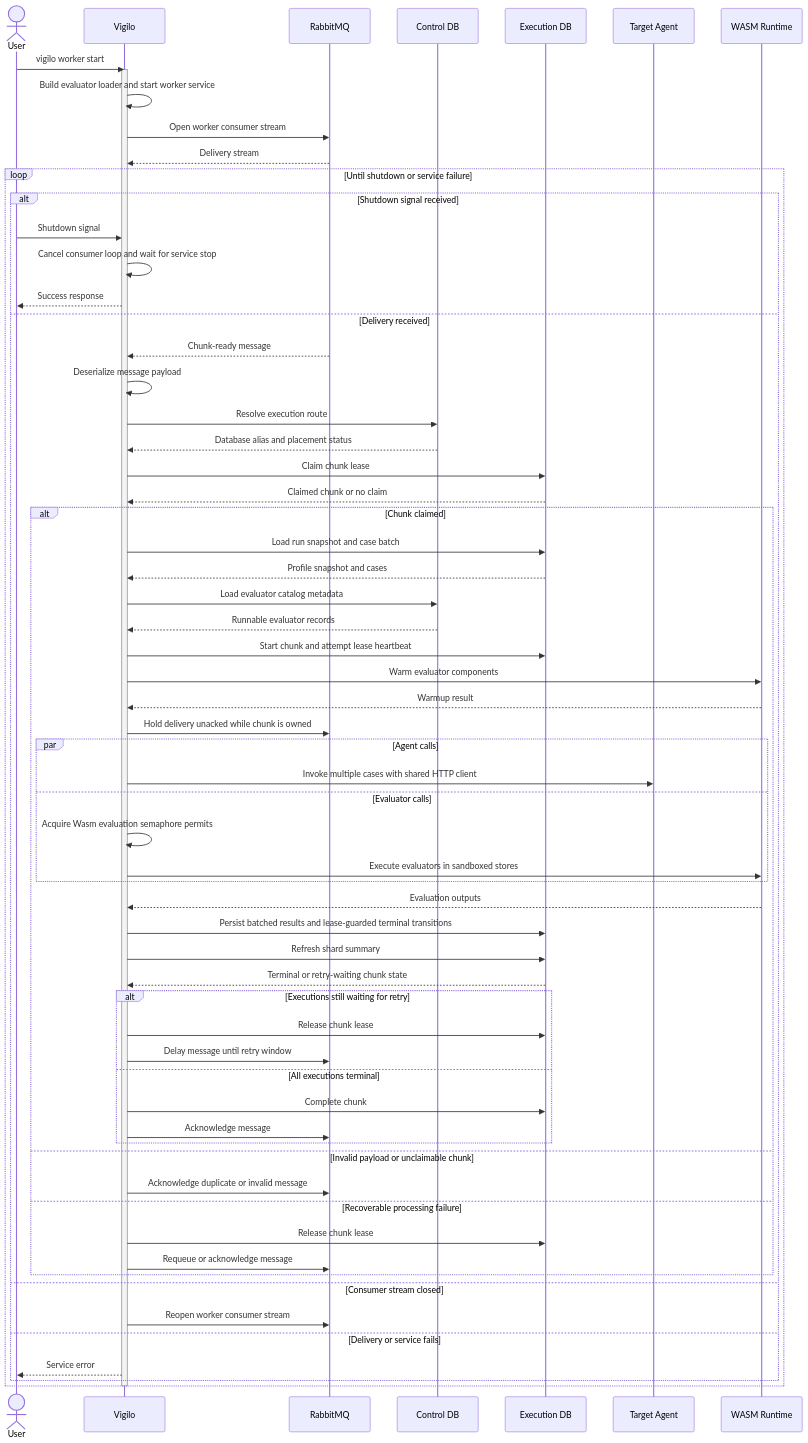
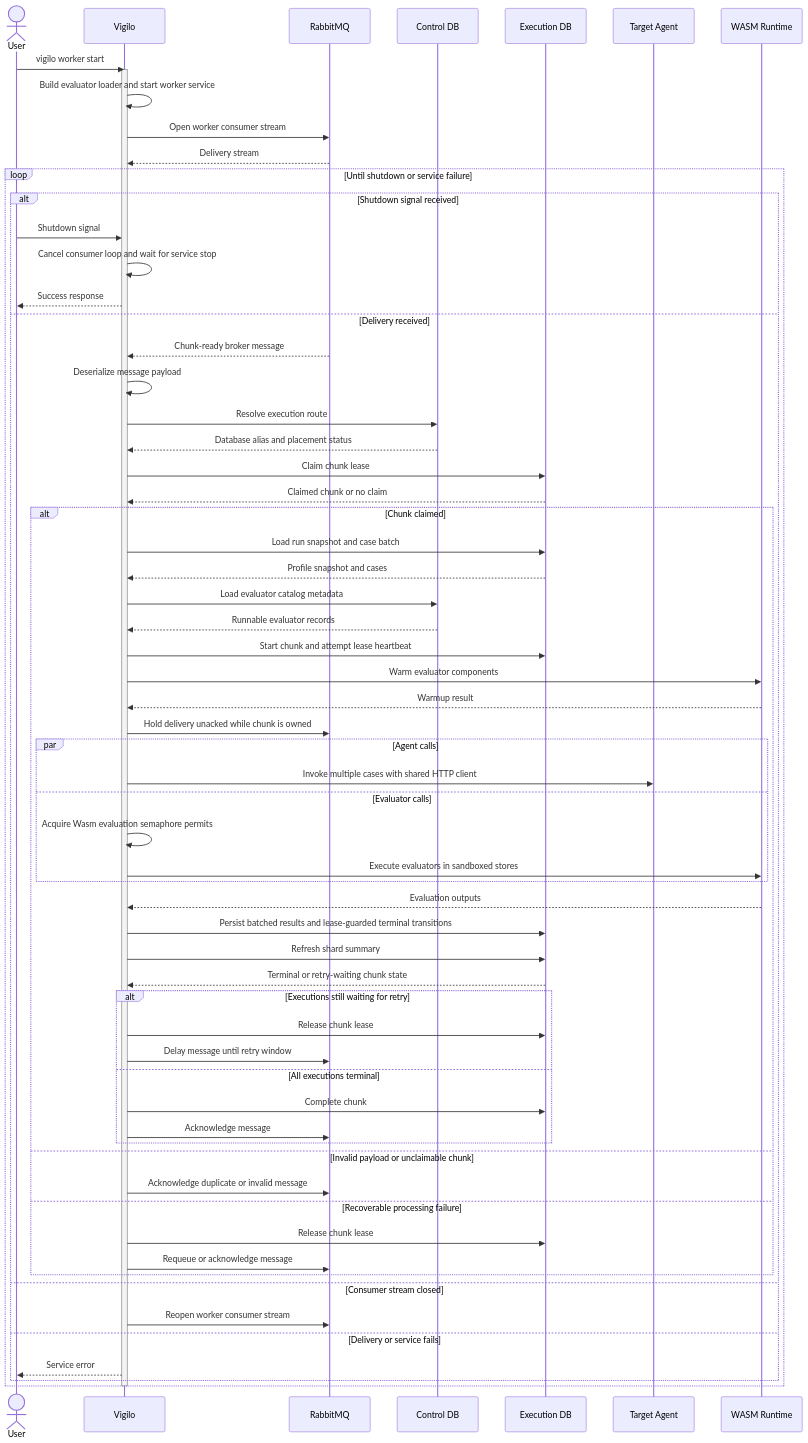
The diagram in web/docs/architecture/flows/worker/start/execution-flow.mmd (gregl83/agent-vigilo), drawn with Mermaid before and after one commit. The commit also changed 44 other files, not shown here.

```diff
--- a/web/docs/architecture/flows/worker/start/execution-flow.mmd
+++ b/web/docs/architecture/flows/worker/start/execution-flow.mmd
@@ -1,75 +1,75 @@
 ---
 config:
   flowchart:
     nodeSpacing: 150
     rankSpacing: 80
   themeVariables:
     edgeLabelBackground: 'transparent'
 ---
 sequenceDiagram
     actor User
     participant Vigilo
     participant Queue as RabbitMQ
     participant ControlDB as Control DB
     participant ExecutionDB as Execution DB
     participant Agent as Target Agent
     participant WASM as WASM Runtime
 
     User->>Vigilo: vigilo worker start
     activate Vigilo
     Vigilo->>Vigilo: Build evaluator loader and start worker service
     Vigilo->>Queue: Open worker consumer stream
     Queue-->>Vigilo: Delivery stream
 
     loop Until shutdown or service failure
         alt Shutdown signal received
             User->>Vigilo: Shutdown signal
             Vigilo->>Vigilo: Cancel consumer loop and wait for service stop
             Vigilo-->>User: Success response
         else Delivery received
-            Queue-->>Vigilo: Chunk-ready message
+            Queue-->>Vigilo: Chunk-ready broker message
             Vigilo->>Vigilo: Deserialize message payload
             Vigilo->>ControlDB: Resolve execution route
             ControlDB-->>Vigilo: Database alias and placement status
             Vigilo->>ExecutionDB: Claim chunk lease
             ExecutionDB-->>Vigilo: Claimed chunk or no claim
 
             alt Chunk claimed
                 Vigilo->>ExecutionDB: Load run snapshot and case batch
                 ExecutionDB-->>Vigilo: Profile snapshot and cases
                 Vigilo->>ControlDB: Load evaluator catalog metadata
                 ControlDB-->>Vigilo: Runnable evaluator records
                 Vigilo->>ExecutionDB: Start chunk and attempt lease heartbeat
                 Vigilo->>WASM: Warm evaluator components
                 WASM-->>Vigilo: Warmup result
                 Vigilo->>Queue: Hold delivery unacked while chunk is owned
                 par Agent calls
                     Vigilo->>Agent: Invoke multiple cases with shared HTTP client
                 and Evaluator calls
                     Vigilo->>Vigilo: Acquire Wasm evaluation semaphore permits
                     Vigilo->>WASM: Execute evaluators in sandboxed stores
                 end
                 WASM-->>Vigilo: Evaluation outputs
                 Vigilo->>ExecutionDB: Persist batched results and lease-guarded terminal transitions
                 Vigilo->>ExecutionDB: Refresh shard summary
                 ExecutionDB-->>Vigilo: Terminal or retry-waiting chunk state
                 alt Executions still waiting for retry
                     Vigilo->>ExecutionDB: Release chunk lease
                     Vigilo->>Queue: Delay message until retry window
                 else All executions terminal
                     Vigilo->>ExecutionDB: Complete chunk
                     Vigilo->>Queue: Acknowledge message
                 end
             else Invalid payload or unclaimable chunk
                 Vigilo->>Queue: Acknowledge duplicate or invalid message
             else Recoverable processing failure
                 Vigilo->>ExecutionDB: Release chunk lease
                 Vigilo->>Queue: Requeue or acknowledge message
             end
         else Consumer stream closed
             Vigilo->>Queue: Reopen worker consumer stream
         else Delivery or service fails
             Vigilo-->>User: Service error
         end
     end
     deactivate Vigilo
```
